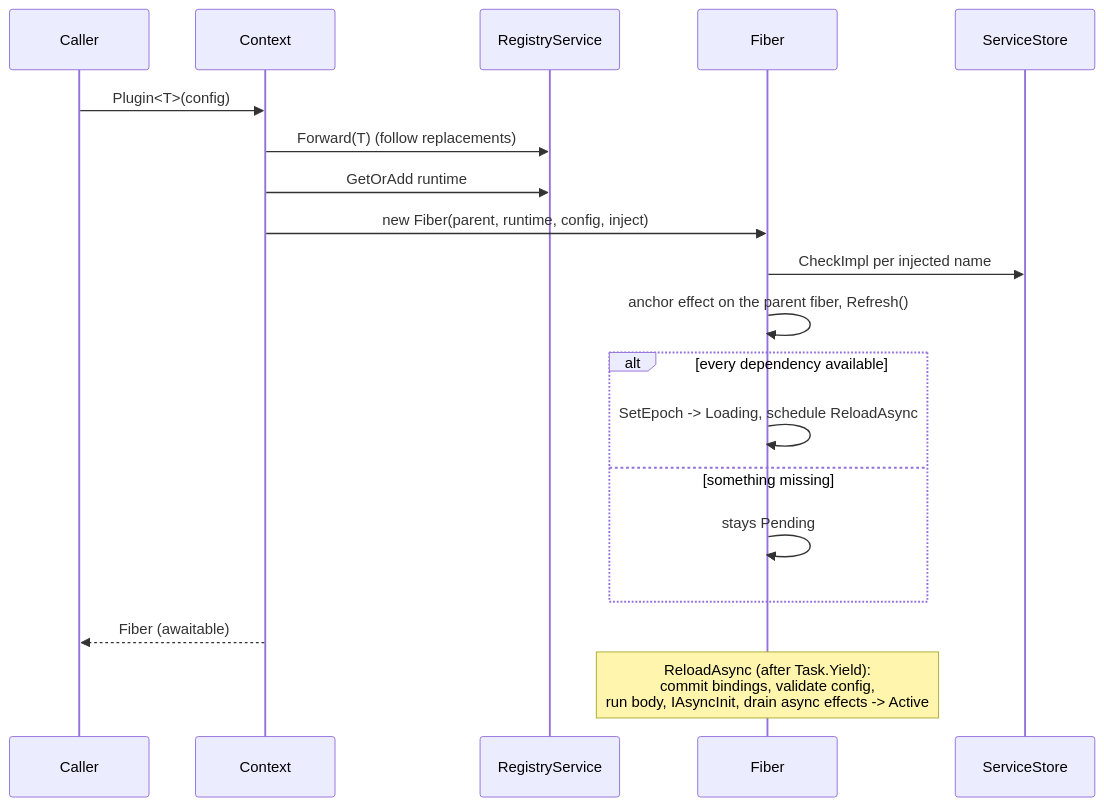
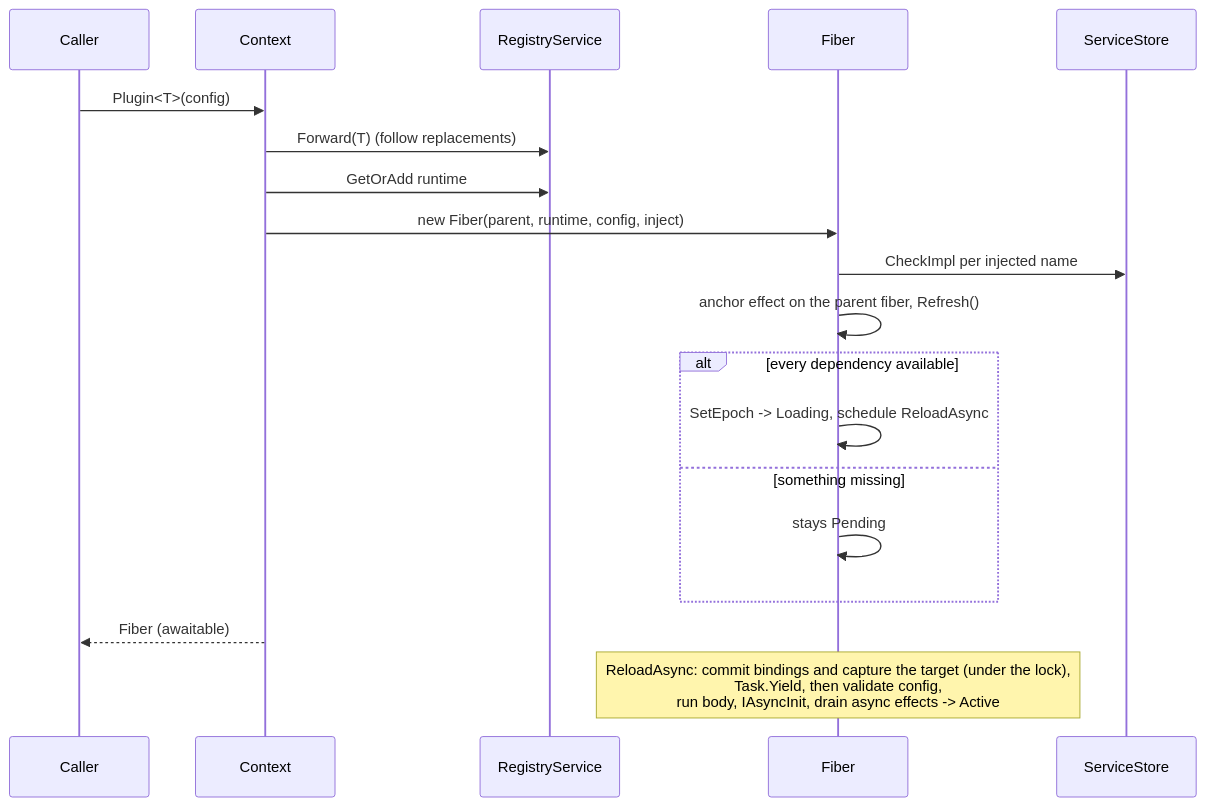
One commit to smartpcr/Cordis.NET changed the second of 5 diagrams in docs/architecture.md. Above: the diagram before and after it, drawn with Mermaid. The commit also changed other lines of this file and 8 other files, not shown here.

````diff
--- a/docs/architecture.md
+++ b/docs/architecture.md
@@ -71,21 +71,21 @@
 ```mermaid
 sequenceDiagram
     participant Caller
     participant Ctx as Context
     participant Reg as RegistryService
     participant F as Fiber
     participant Store as ServiceStore
     Caller->>Ctx: Plugin<T>(config)
     Ctx->>Reg: Forward(T) (follow replacements)
     Ctx->>Reg: GetOrAdd runtime
     Ctx->>F: new Fiber(parent, runtime, config, inject)
     F->>Store: CheckImpl per injected name
     F->>F: anchor effect on the parent fiber, Refresh()
     alt every dependency available
         F->>F: SetEpoch -> Loading, schedule ReloadAsync
     else something missing
         F->>F: stays Pending
     end
     Ctx-->>Caller: Fiber (awaitable)
-    Note over F: ReloadAsync (after Task.Yield):<br/>commit bindings, validate config,<br/>run body, IAsyncInit, drain async effects -> Active
+    Note over F: ReloadAsync: commit bindings and capture the target (under the lock),<br/>Task.Yield, then validate config,<br/>run body, IAsyncInit, drain async effects -> Active
 ```
````
